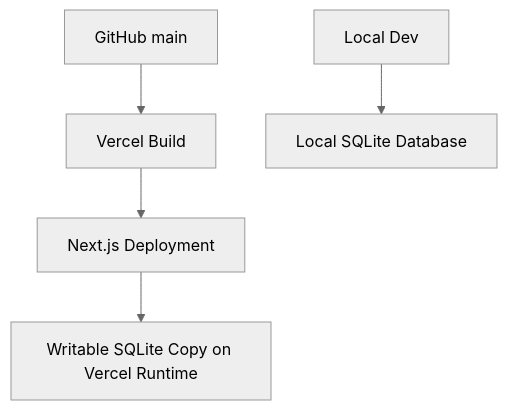
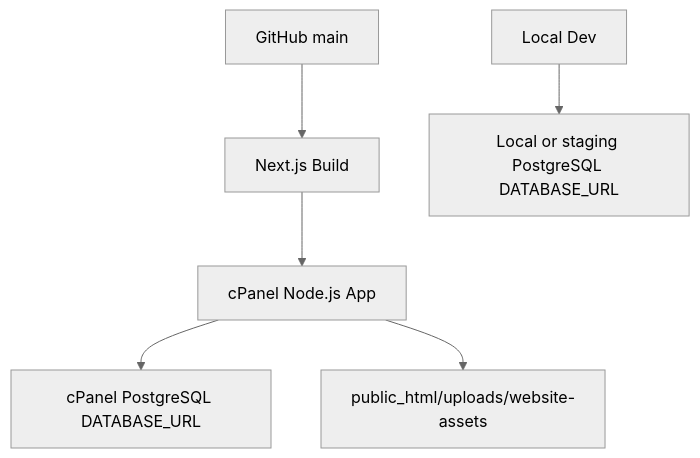
One commit to sushantdkl/pos-salons changed the third of 3 diagrams in docs/TRD.md. Above: the diagram before and after it, drawn with Mermaid (neutral theme). The commit also changed other lines of this file and 16 other files, not shown here.

````diff
--- a/docs/TRD.md
+++ b/docs/TRD.md
@@ -164,7 +164,8 @@
 ```mermaid
 flowchart TD
-  GitHub["GitHub main"] --> Vercel["Vercel Build"]
-  Vercel --> App["Next.js Deployment"]
-  App --> TmpDB["Writable SQLite Copy on Vercel Runtime"]
-  Local["Local Dev"] --> LocalDB["Local SQLite Database"]
+  GitHub["GitHub main"] --> Build["Next.js Build"]
+  Build --> CPanel["cPanel Node.js App"]
+  CPanel --> Pg["cPanel PostgreSQL DATABASE_URL"]
+  CPanel --> Uploads["public_html/uploads/website-assets"]
+  Local["Local Dev"] --> LocalPg["Local or staging PostgreSQL DATABASE_URL"]
 ```
````
